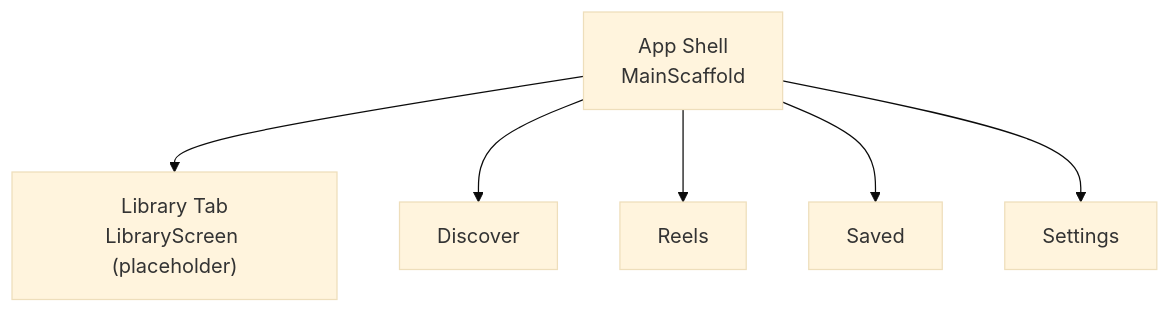
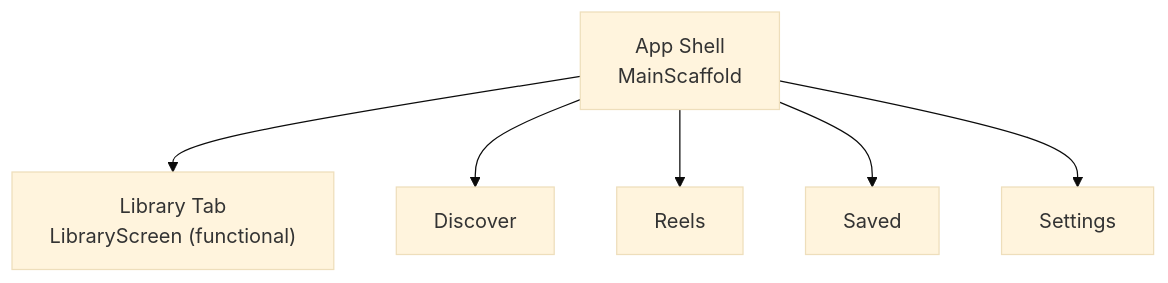
Before and after one commit to Rana76-u/mytube: the first of 10 diagrams in .qoder/repowiki/en/content/Feature Modules/Library Feature.md, drawn with Mermaid (base theme). The commit also changed other lines of this file and 62 other files, not shown here.

````diff
--- a/.qoder/repowiki/en/content/Feature Modules/Library Feature.md
+++ b/.qoder/repowiki/en/content/Feature Modules/Library Feature.md
@@ -38,8 +50,8 @@
 ```mermaid
 graph TB
-AppShell["App Shell<br/>MainScaffold"] --> LibraryTab["Library Tab<br/>LibraryScreen (placeholder)"]
+AppShell["App Shell<br/>MainScaffold"] --> LibraryTab["Library Tab<br/>LibraryScreen (functional)"]
 AppShell --> DiscoverTab["Discover"]
 AppShell --> ReelsTab["Reels"]
 AppShell --> SavedTab["Saved"]
 AppShell --> SettingsTab["Settings"]
 ```
````
